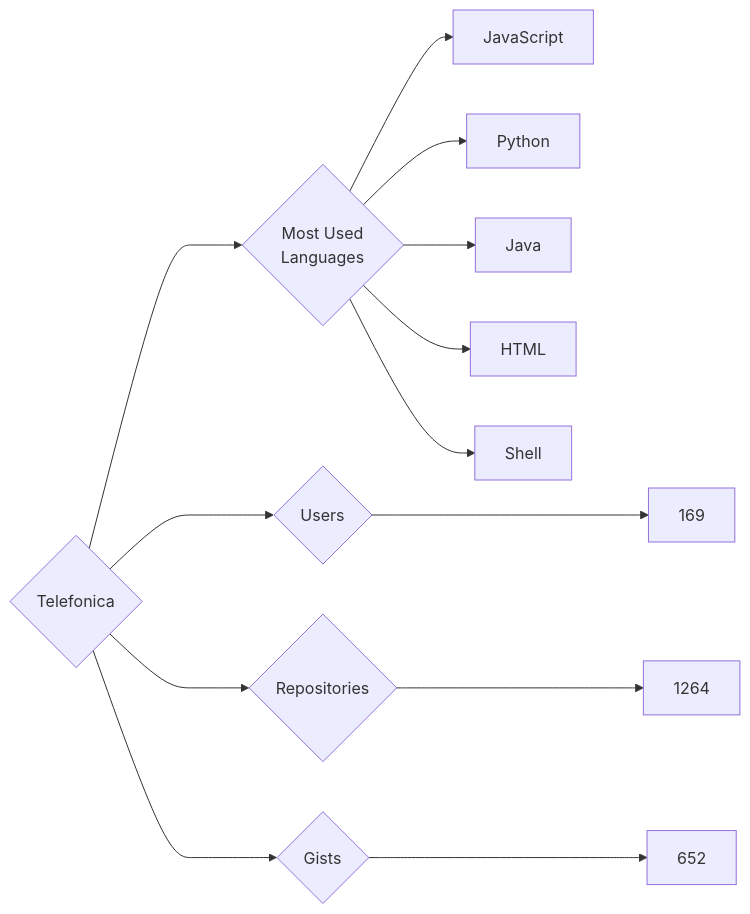
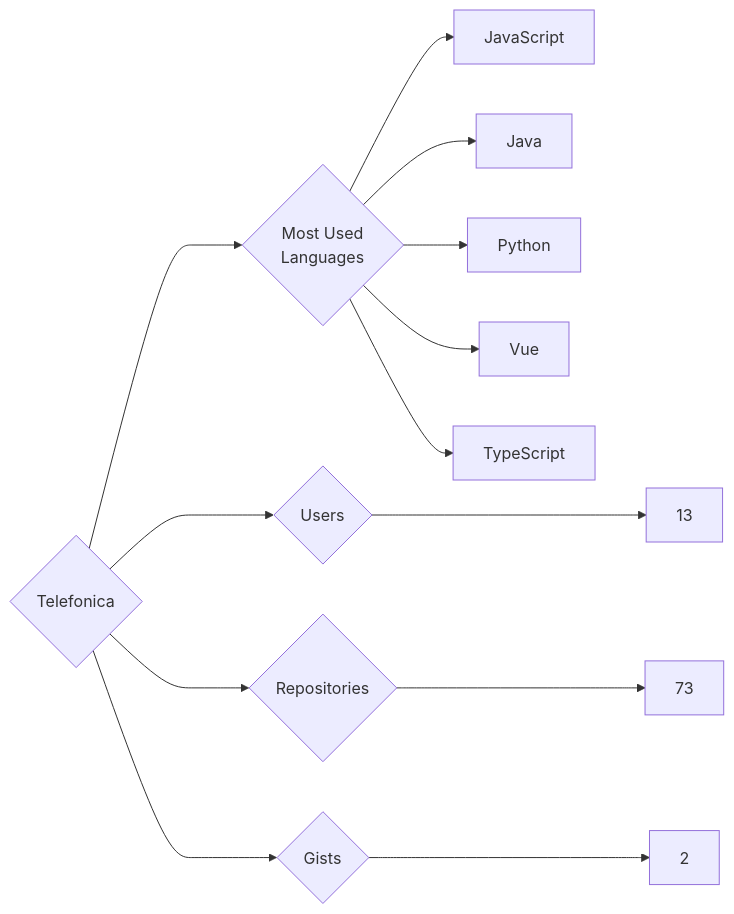
Before and after one commit to trickest/insiders: the diagram in targets/Telefonica/README.md, drawn with Mermaid. The commit also changed 677 other files, not shown here.

````diff
--- a/targets/Telefonica/README.md
+++ b/targets/Telefonica/README.md
@@ -3,13 +3,13 @@
 ```mermaid
 graph LR
 COMPANY_NAME{Telefonica}
-COMPANY_NAME ---> U{Users} ---> UN[169]
-COMPANY_NAME ---> R{Repositories} ---> RN[1264]
-COMPANY_NAME ---> G{Gists} ---> GN[652]
+COMPANY_NAME ---> U{Users} ---> UN[13]
+COMPANY_NAME ---> R{Repositories} ---> RN[73]
+COMPANY_NAME ---> G{Gists} ---> GN[2]
 COMPANY_NAME ---> ML{Most Used<br>Languages}
 ML --> JavaScript[JavaScript]
+ML --> Java[Java]
 ML --> Python[Python]
-ML --> Java[Java]
-ML --> HTML[HTML]
-ML --> Shell[Shell]
+ML --> Vue[Vue]
+ML --> TypeScript[TypeScript]
 ```
````
